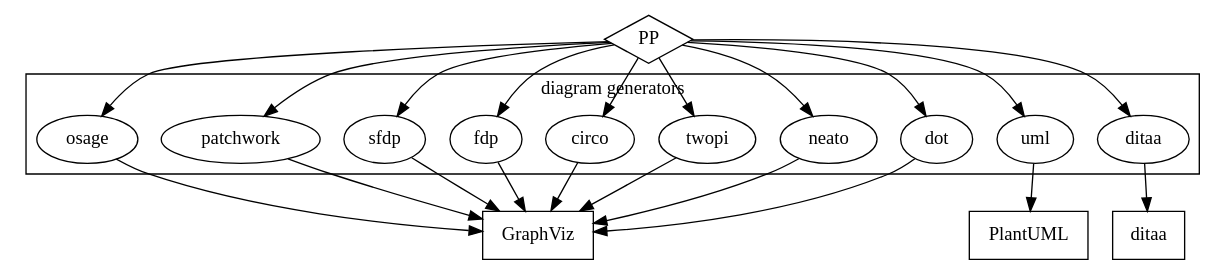
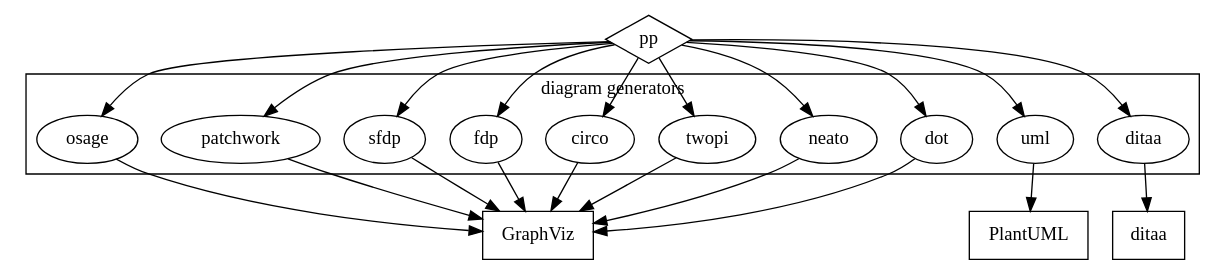
Before and after one commit to CDSoft/pp: the diagram in doc/img/pp-generators.gv, drawn with Graphviz. The commit also changed 11 other files, not shown here.

```diff
--- a/doc/img/pp-generators.gv
+++ b/doc/img/pp-generators.gv
@@ -1,27 +1,27 @@
 
 
 digraph {
 
     subgraph cluster_cmd {
         label = "diagram generators"
         dot neato twopi circo fdp sfdp patchwork osage uml ditaa
     }
 
-    PP [shape=diamond]
+    PP [label="pp" shape=diamond]
     dot neato twopi circo fdp sfdp patchwork osage uml ditaa
     GraphViz [shape=box]
     PlantUML [shape=box]
     DITAA [shape=box label=ditaa]
 
     PP -> {dot neato twopi circo fdp sfdp patchwork osage uml ditaa}
     dot -> GraphViz
     neato -> GraphViz
     twopi -> GraphViz
     circo -> GraphViz
     fdp -> GraphViz
     sfdp -> GraphViz
     patchwork -> GraphViz
     osage -> GraphViz
     uml -> PlantUML
     ditaa -> DITAA
 }
```
